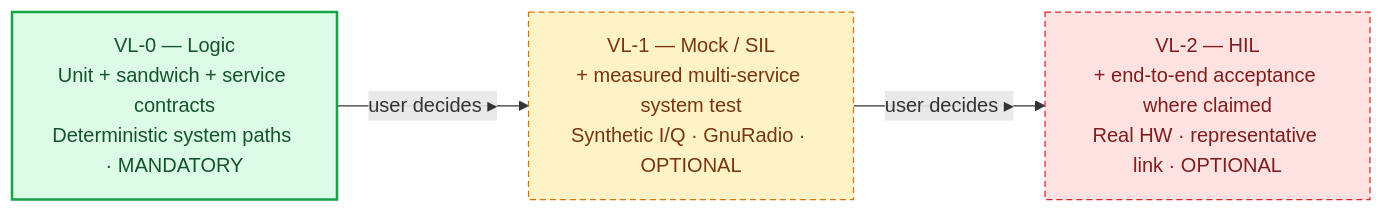
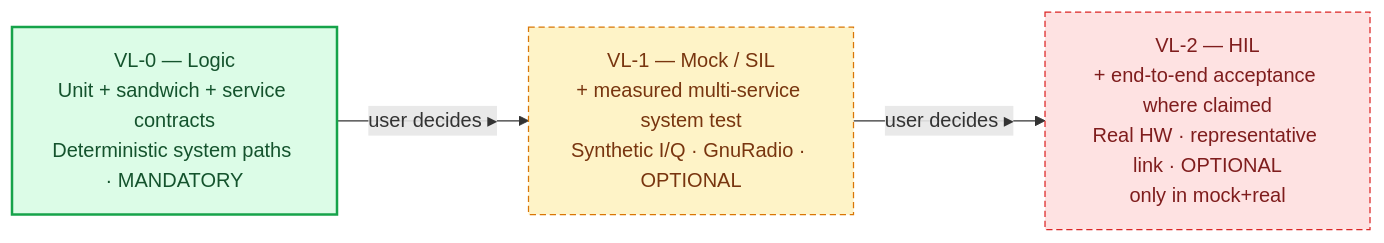
One commit to dramirezbe/codeanvil-gcpds changed the ninth of 11 diagrams in methodology/V-SIL-v3/V-SIL_v3.md. Above: the diagram before and after it, drawn with Mermaid. The commit also changed other lines of this file and 3 other files, not shown here.

Commit message:
docs(v-sil-v3): make the Real HW HAL and lab inputs optional, telemetry mandatory

````diff
--- a/methodology/V-SIL-v3/V-SIL_v3.md
+++ b/methodology/V-SIL-v3/V-SIL_v3.md
@@ -349,12 +360,12 @@
 ```mermaid
 flowchart LR
     classDef mandatory fill:#dcfce7,stroke:#16a34a,color:#14532d,stroke-width:2px
     classDef optional fill:#fef3c7,stroke:#d97706,color:#78350f,stroke-dasharray:5 3
     classDef hil fill:#fee2e2,stroke:#dc2626,color:#7f1d1d,stroke-dasharray:5 3
 
     VL0["VL-0 — Logic<br/>Unit + sandwich + service contracts<br/>Deterministic system paths · MANDATORY"]:::mandatory
     VL1["VL-1 — Mock / SIL<br/>+ measured multi-service system test<br/>Synthetic I/Q · GnuRadio · OPTIONAL"]:::optional
-    VL2["VL-2 — HIL<br/>+ end-to-end acceptance where claimed<br/>Real HW · representative link · OPTIONAL"]:::hil
+    VL2["VL-2 — HIL<br/>+ end-to-end acceptance where claimed<br/>Real HW · representative link · OPTIONAL<br/>only in mock+real"]:::hil
 
     VL0 -->|"user decides ▸"| VL1 -->|"user decides ▸"| VL2
 ```
````
